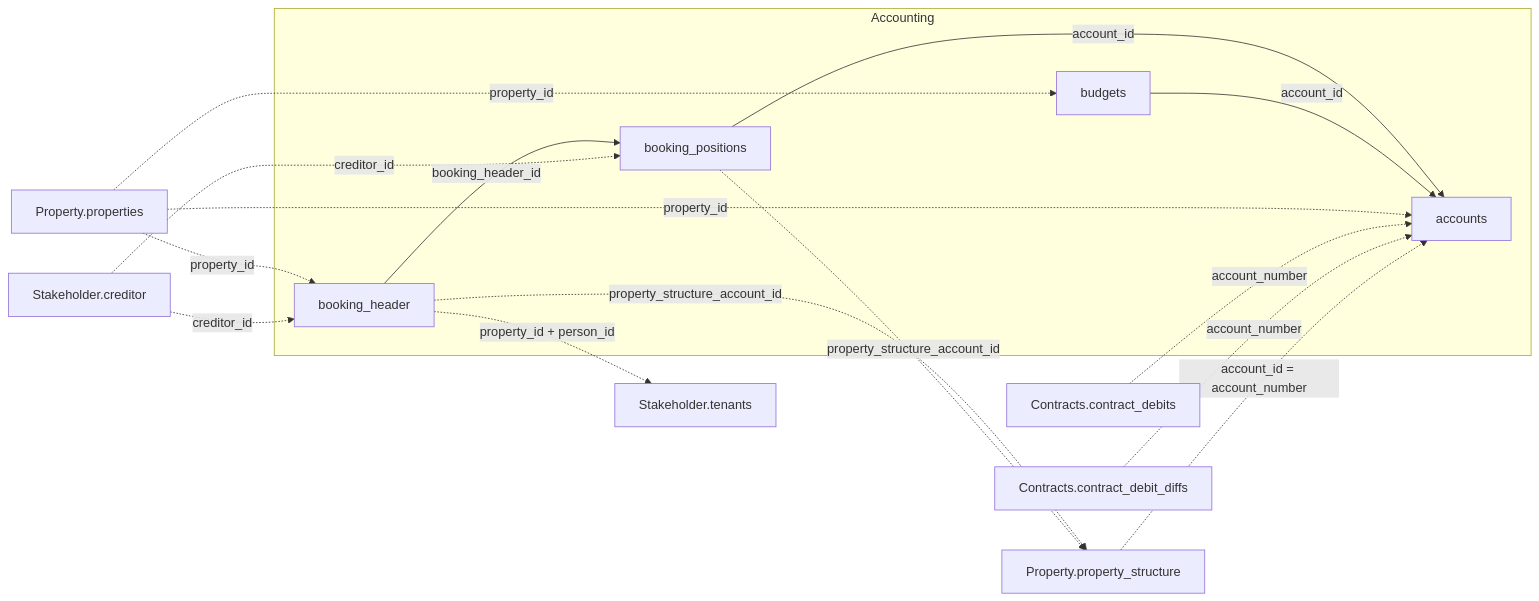
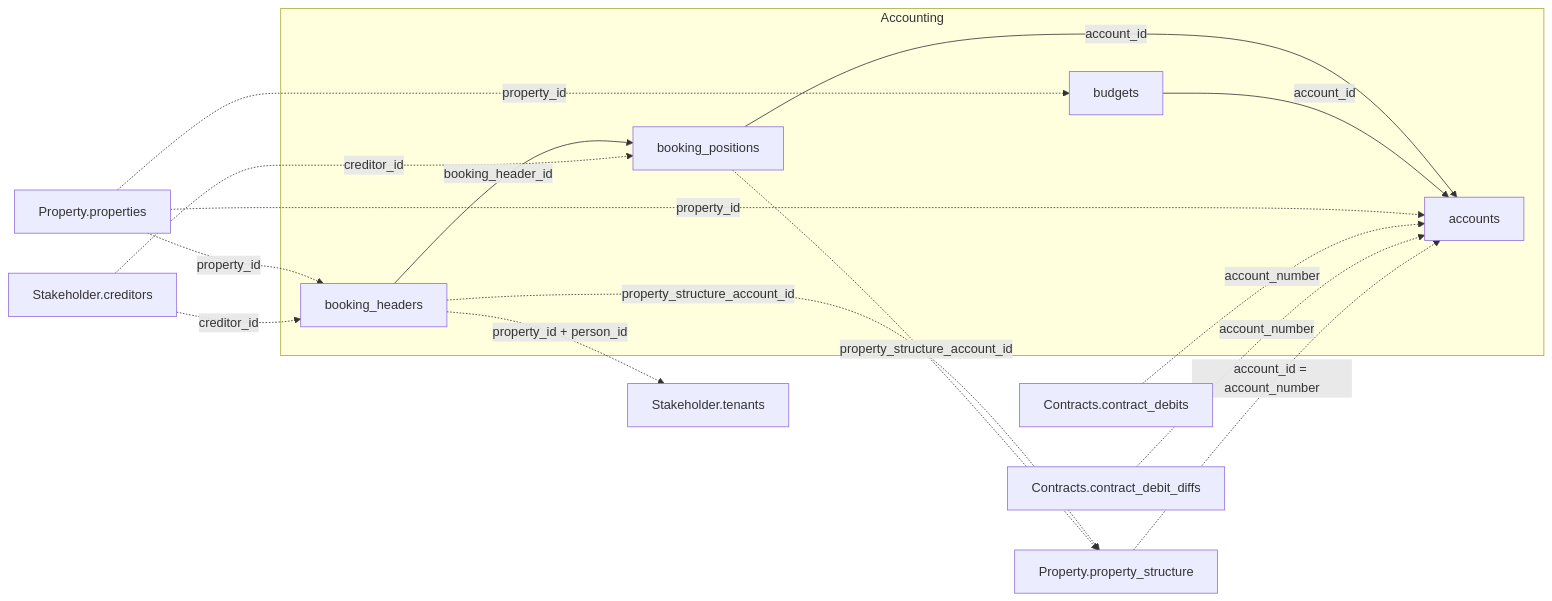
Before and after one commit to Trassets-ai/api-docs: the diagram in de/v1/data-model/accounting.mdx, drawn with Mermaid. The commit also changed other lines of this file and 25 other files, not shown here.

````diff
--- a/de/v1/data-model/accounting.mdx
+++ b/de/v1/data-model/accounting.mdx
@@ -11,32 +11,32 @@
 ```mermaid
 graph LR
   subgraph Accounting
-    booking_header["booking_header"]
+    booking_header["booking_headers"]
     booking_positions["booking_positions"]
     accounts["accounts"]
     budgets["budgets"]
   end
 
   properties["Property.properties"]
   property_structure["Property.property_structure"]
   contract_debits["Contracts.contract_debits"]
   contract_debit_diffs["Contracts.contract_debit_diffs"]
   tenants["Stakeholder.tenants"]
-  creditor["Stakeholder.creditor"]
+  creditor["Stakeholder.creditors"]
 
   booking_header -->|booking_header_id| booking_positions
   booking_positions -->|account_id| accounts
   budgets -->|account_id| accounts
 
   properties -.->|property_id| booking_header
   properties -.->|property_id| budgets
   properties -.->|property_id| accounts
   contract_debits -.->|account_number| accounts
   contract_debit_diffs -.->|account_number| accounts
   property_structure -.->|account_id = account_number| accounts
   booking_header -.->|property_id + person_id| tenants
   booking_header -.->|property_structure_account_id| property_structure
   booking_positions -.->|property_structure_account_id| property_structure
   creditor -.->|creditor_id| booking_header
   creditor -.->|creditor_id| booking_positions
 ```
````
